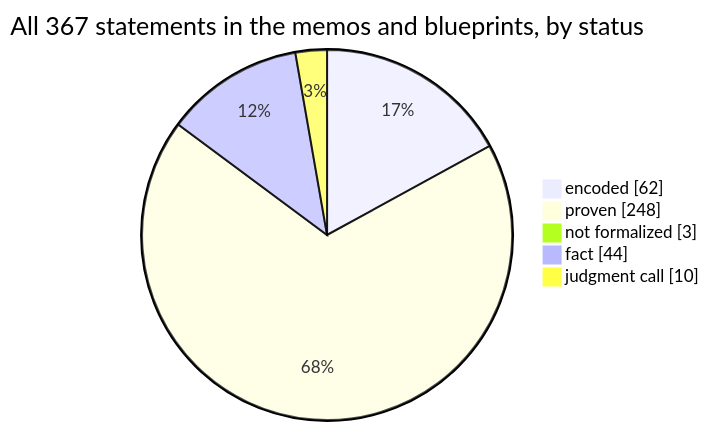
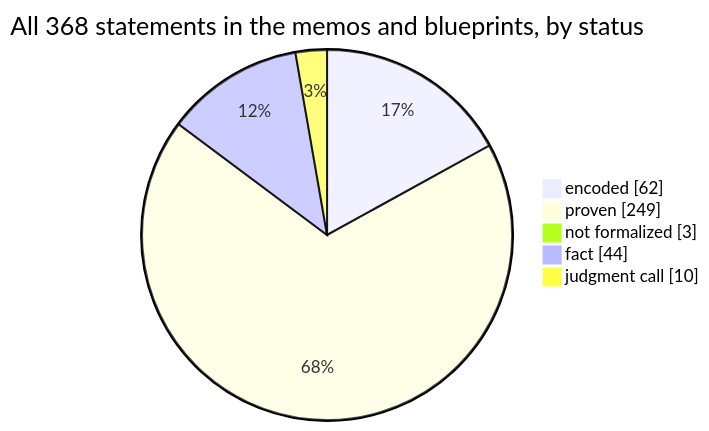
Before and after one commit to SeanWMurray/Canteen: the first of 4 diagrams in docs/graphs/dashboard.md, drawn with Mermaid. The commit also changed other lines of this file and 14 other files, not shown here.

````diff
--- a/docs/graphs/dashboard.md
+++ b/docs/graphs/dashboard.md
@@ -11,8 +11,8 @@
 ```mermaid
-pie showData title All 367 statements in the memos and blueprints, by status
+pie showData title All 368 statements in the memos and blueprints, by status
     "encoded" : 62
-    "proven" : 248
+    "proven" : 249
     "not formalized" : 3
     "fact" : 44
     "judgment call" : 10
 ```
````
